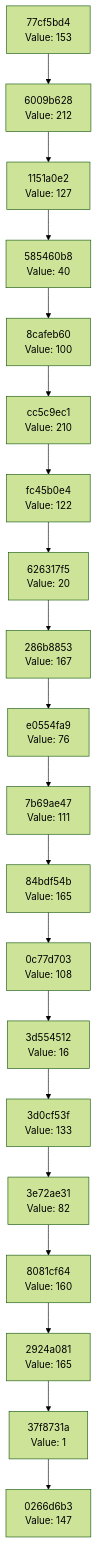
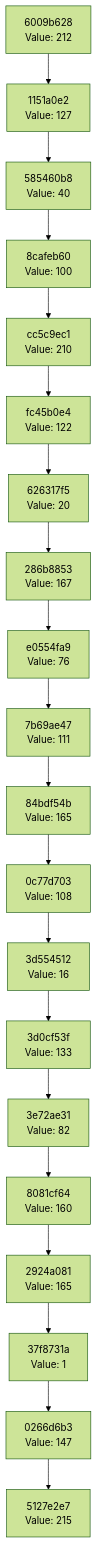
One commit to Abhisheksinha1506/hash-chain-evolver changed the diagram in docs/CHAIN_VISUALIZATION.md. Above: the diagram before and after it, drawn with Mermaid (forest theme). The commit also changed 2 other files, not shown here.

Commit message:
Evolution Step

````diff
--- a/docs/CHAIN_VISUALIZATION.md
+++ b/docs/CHAIN_VISUALIZATION.md
@@ -3,42 +3,42 @@
 ```mermaid
 graph TD
-    C0["0266d6b3<br/>Value: 147"]
-    C1["37f8731a<br/>Value: 1"]
+    C0["5127e2e7<br/>Value: 215"]
+    C1["0266d6b3<br/>Value: 147"]
     C1 --> C0
-    C2["2924a081<br/>Value: 165"]
+    C2["37f8731a<br/>Value: 1"]
     C2 --> C1
-    C3["8081cf64<br/>Value: 160"]
+    C3["2924a081<br/>Value: 165"]
     C3 --> C2
-    C4["3e72ae31<br/>Value: 82"]
+    C4["8081cf64<br/>Value: 160"]
     C4 --> C3
-    C5["3d0cf53f<br/>Value: 133"]
+    C5["3e72ae31<br/>Value: 82"]
     C5 --> C4
-    C6["3d554512<br/>Value: 16"]
+    C6["3d0cf53f<br/>Value: 133"]
     C6 --> C5
-    C7["0c77d703<br/>Value: 108"]
+    C7["3d554512<br/>Value: 16"]
     C7 --> C6
-    C8["84bdf54b<br/>Value: 165"]
+    C8["0c77d703<br/>Value: 108"]
     C8 --> C7
-    C9["7b69ae47<br/>Value: 111"]
+    C9["84bdf54b<br/>Value: 165"]
     C9 --> C8
-    C10["e0554fa9<br/>Value: 76"]
+    C10["7b69ae47<br/>Value: 111"]
     C10 --> C9
-    C11["286b8853<br/>Value: 167"]
+    C11["e0554fa9<br/>Value: 76"]
     C11 --> C10
-    C12["626317f5<br/>Value: 20"]
+    C12["286b8853<br/>Value: 167"]
     C12 --> C11
-    C13["fc45b0e4<br/>Value: 122"]
+    C13["626317f5<br/>Value: 20"]
     C13 --> C12
-    C14["cc5c9ec1<br/>Value: 210"]
+    C14["fc45b0e4<br/>Value: 122"]
     C14 --> C13
-    C15["8cafeb60<br/>Value: 100"]
+    C15["cc5c9ec1<br/>Value: 210"]
     C15 --> C14
-    C16["585460b8<br/>Value: 40"]
+    C16["8cafeb60<br/>Value: 100"]
     C16 --> C15
-    C17["1151a0e2<br/>Value: 127"]
+    C17["585460b8<br/>Value: 40"]
     C17 --> C16
-    C18["6009b628<br/>Value: 212"]
+    C18["1151a0e2<br/>Value: 127"]
     C18 --> C17
-    C19["77cf5bd4<br/>Value: 153"]
+    C19["6009b628<br/>Value: 212"]
     C19 --> C18
 ```
````
